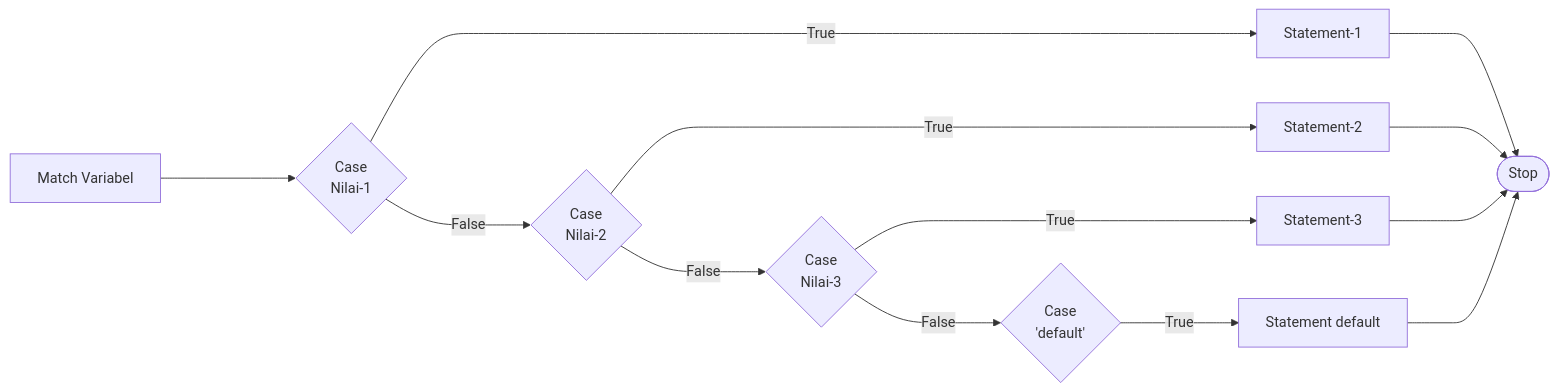
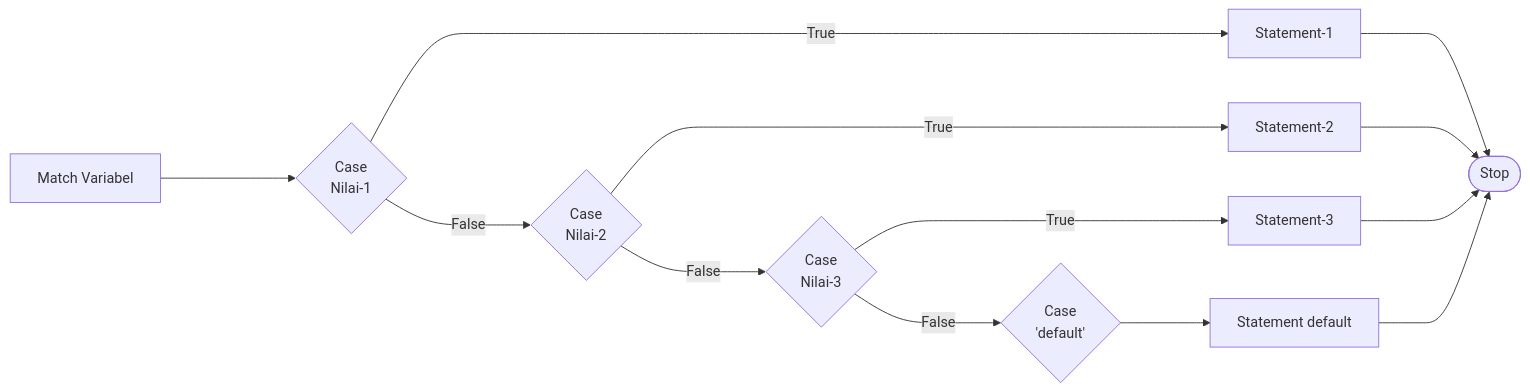
Before and after one commit to SisfoK/pp-python: the fifth of 5 diagrams in Bab-2.md, drawn with Mermaid.

Commit message:
Update match_case

````diff
--- a/Bab-2.md
+++ b/Bab-2.md
@@ -305,21 +305,21 @@
    ```mermaid
    flowchart LR
    B[Match Variabel]
    B ----> D{Case <br> Nilai-1}
    D ---> |True| F[Statement-1]
    F ---> E
 
    D --->|False| H{Case <br> Nilai-2}
    H --->|True| J[Statement-2]
    J ---> E
 
    H --->|False| L{Case <br> Nilai-3}
    L --->|True| N[Statement-3]
    N ---> E 
 
    L --->|False| P{Case <br> 'default'}
-   P --->|True| R[Statement default]
+   P ---> R[Statement default]
    R ---> E
 
    E([Stop])
    ```
````
